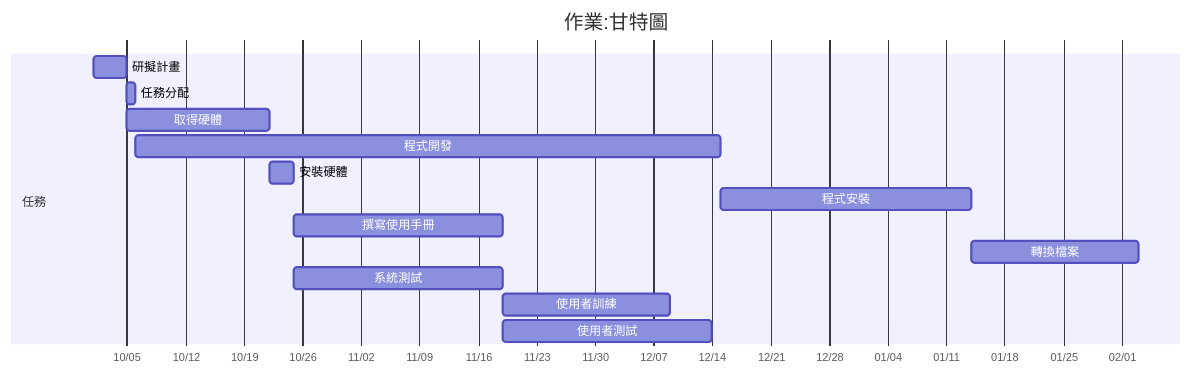
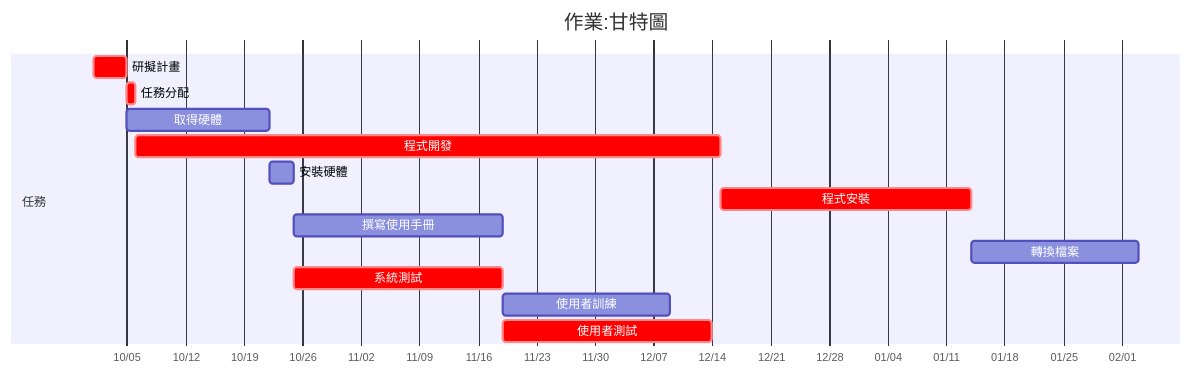
The second of 2 diagrams in HW2.md (auia541/p1), drawn with Mermaid before and after one commit.

````diff
--- a/HW2.md
+++ b/HW2.md
@@ -25,22 +25,22 @@
 ```mermaid
 
 
 gantt
 title 作業:甘特圖
 dateformat YYYY-MM-DD
 axisFormat %m/%d
 
 section 任務
-研擬計畫 :a1, 2025-10-01, 4d
-任務分配 :a2, after a1, 1d
+研擬計畫 :crit,a1, 2025-10-01, 4d
+任務分配 :crit,a2, after a1, 1d
 取得硬體 :a3, after a1, 17d
-程式開發 :a4, after a2, 70d
+程式開發 :crit,a4, after a2, 70d
 安裝硬體 :a5, after a3, 3d
-程式安裝 :a6, after a4, 30d
+程式安裝 :crit,a6, after a4, 30d
 撰寫使用手冊 :a7, after a5, 25d
 轉換檔案 :a8, after a6, 20d
-系統測試 :a9, after a5, 25d
+系統測試 :crit,a9, after a5, 25d
 使用者訓練 :a10, after a7, 20d
-使用者測試 :a11, after a9, 25d
+使用者測試 :crit,a11, after a9, 25d
 
 ``` 
````
